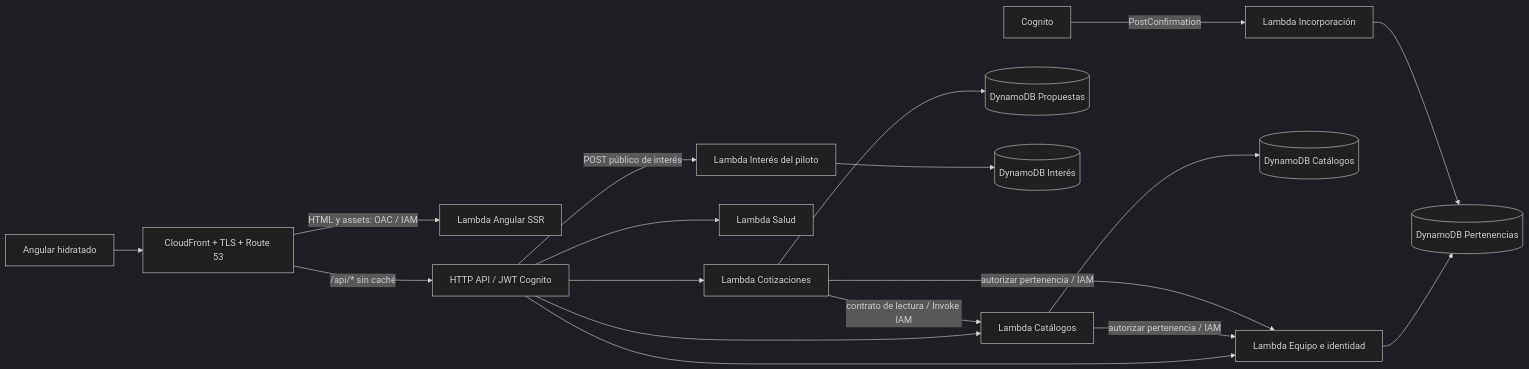
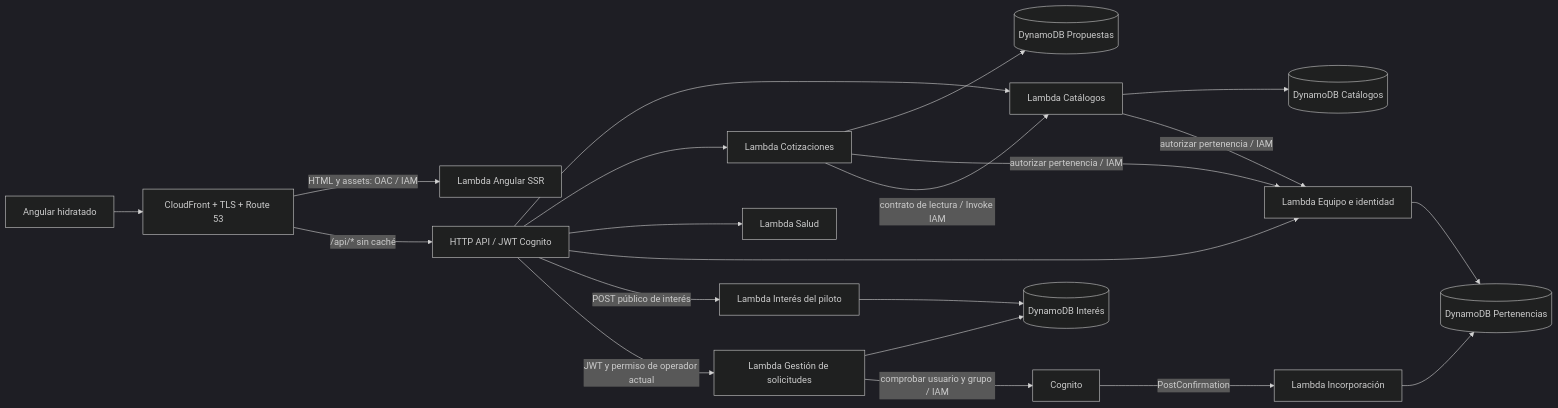
Before and after one commit to LynxPardelle/cotizador-de-catalogo: the diagram in docs/architecture/ARCHITECTURE.md, drawn with Mermaid (dark theme). The commit also changed other lines of this file and 37 other files, not shown here.

````diff
--- a/docs/architecture/ARCHITECTURE.md
+++ b/docs/architecture/ARCHITECTURE.md
@@ -9,20 +11,23 @@
 ```mermaid
 flowchart LR
   Browser[Angular hidratado] --> CDN[CloudFront + TLS + Route 53]
   CDN -->|HTML y assets: OAC / IAM| Web[Lambda Angular SSR]
   CDN -->|/api/* sin caché| API[HTTP API / JWT Cognito]
   API --> Catalog[Lambda Catálogos]
   API --> Quote[Lambda Cotizaciones]
   API --> Health[Lambda Salud]
   API --> Team[Lambda Equipo e identidad]
   API -->|POST público de interés| Interest[Lambda Interés del piloto]
+  API -->|JWT y permiso de operador actual| Applications[Lambda Gestión de solicitudes]
   Catalog --> CDB[(DynamoDB Catálogos)]
   Quote --> QDB[(DynamoDB Propuestas)]
   Team --> MDB[(DynamoDB Pertenencias)]
   Interest --> IDB[(DynamoDB Interés)]
+  Applications --> IDB
+  Applications -->|comprobar usuario y grupo / IAM| Cognito
   Catalog -->|autorizar pertenencia / IAM| Team
   Quote -->|autorizar pertenencia / IAM| Team
   Quote -->|contrato de lectura / Invoke IAM| Catalog
   Cognito[Cognito] -->|PostConfirmation| Onboard[Lambda Incorporación]
   Onboard --> MDB
 ```
````
